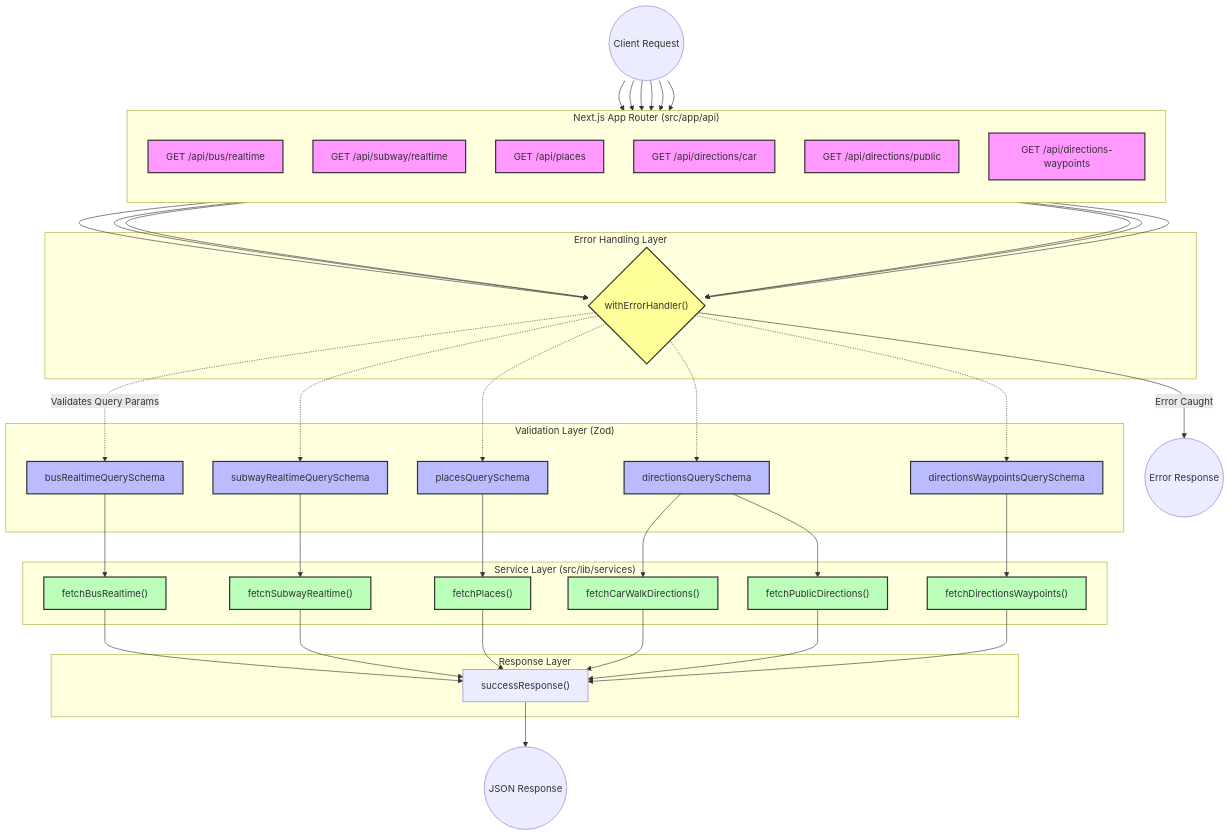
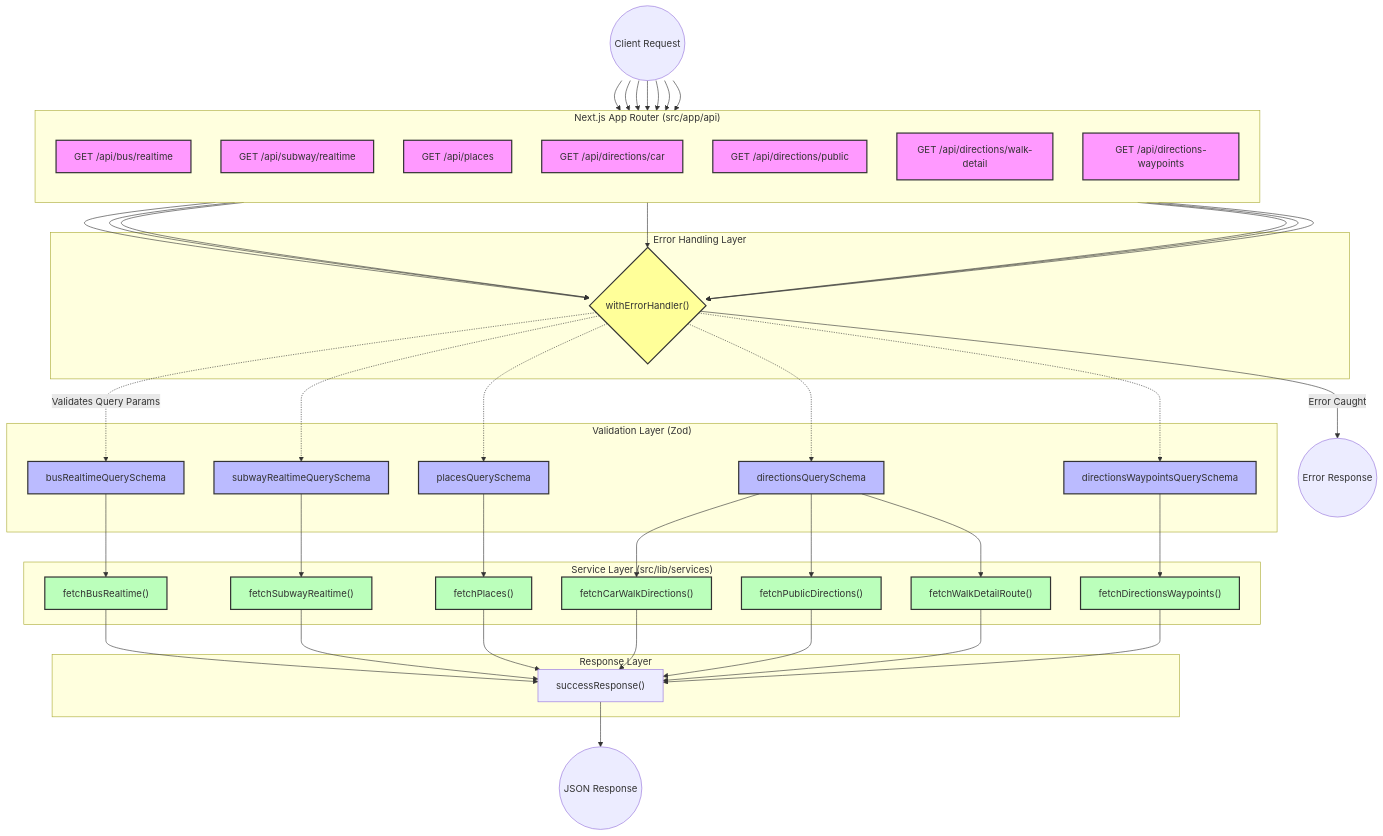
The diagram in docs/web/api_router_flow.md (woomchi/OnJourney), drawn with Mermaid before and after one commit. The commit also changed 31 other files, not shown here.

````diff
--- a/docs/web/api_router_flow.md
+++ b/docs/web/api_router_flow.md
@@ -13,6 +13,7 @@
         api_places["GET /api/places"]
         api_car["GET /api/directions/car"]
         api_public["GET /api/directions/public"]
+        api_walk["GET /api/directions/walk-detail"]
         api_waypoints["GET /api/directions-waypoints"]
     end
 
@@ -34,6 +35,7 @@
         svc_places["fetchPlaces()"]
         svc_car["fetchCarWalkDirections()"]
         svc_public["fetchPublicDirections()"]
+        svc_walk["fetchWalkDetailRoute()"]
         svc_waypoints["fetchDirectionsWaypoints()"]
     end
 
@@ -47,6 +49,7 @@
     Client --> api_places
     Client --> api_car
     Client --> api_public
+    Client --> api_walk
     Client --> api_waypoints
 
     %% Routes to Error Handler (Wrapper)
@@ -55,6 +58,7 @@
     api_places --> ErrorHandler
     api_car --> ErrorHandler
     api_public --> ErrorHandler
+    api_walk --> ErrorHandler
     api_waypoints --> ErrorHandler
 
     %% Error Handler to Validation
@@ -70,6 +74,7 @@
     val_places --> svc_places
     val_dir --> svc_car
     val_dir --> svc_public
+    val_dir --> svc_walk
     val_waypoints --> svc_waypoints
 
     %% Services to Response
@@ -78,6 +83,7 @@
     svc_places --> SuccessRes
     svc_car --> SuccessRes
     svc_public --> SuccessRes
+    svc_walk --> SuccessRes
     svc_waypoints --> SuccessRes
 
     SuccessRes --> Return((JSON Response))
@@ -86,7 +92,7 @@
     ErrorHandler -- "Error Caught" --> ErrorResponse((Error Response))
 
     classDef route fill:#f9f,stroke:#333,stroke-width:2px;
-    class api_bus,api_subway,api_places,api_car,api_public,api_waypoints route;
+    class api_bus,api_subway,api_places,api_car,api_public,api_walk,api_waypoints route;
     
     classDef wrapper fill:#ff9,stroke:#333,stroke-width:2px;
     class ErrorHandler wrapper;
@@ -95,5 +101,5 @@
     class val_bus,val_subway,val_places,val_dir,val_waypoints validation;
 
     classDef service fill:#bfb,stroke:#333,stroke-width:2px;
-    class svc_bus,svc_subway,svc_places,svc_car,svc_public,svc_waypoints service;
+    class svc_bus,svc_subway,svc_places,svc_car,svc_public,svc_walk,svc_waypoints service;
 ```
````
